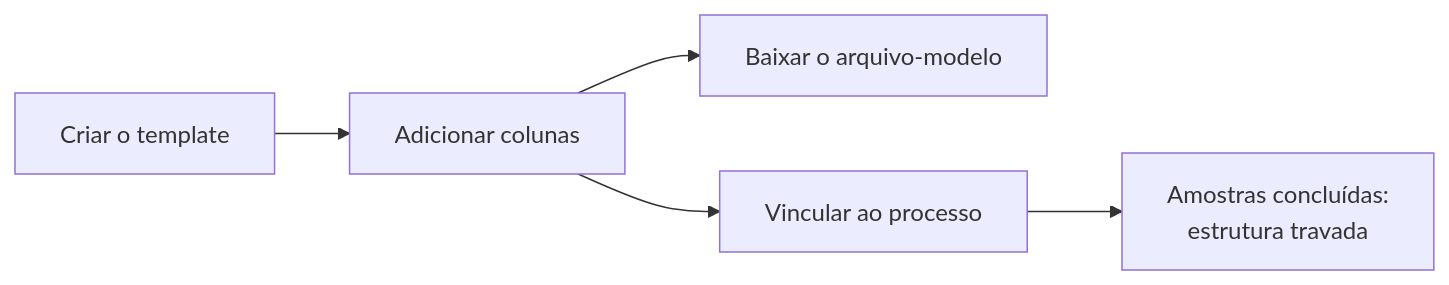
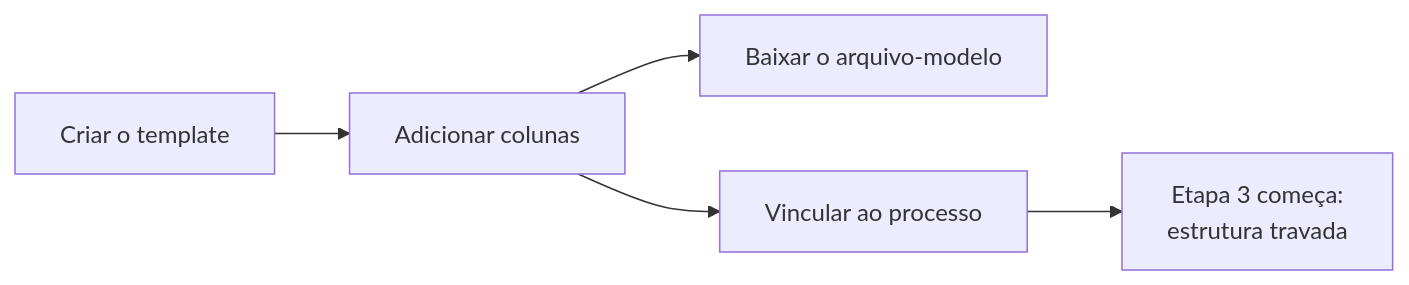
One commit to pivma-bracvam/pivma-back changed the diagram in manual/guias/montar-template-de-coleta.md. Above: the diagram before and after it, drawn with Mermaid. The commit also changed other lines of this file and 65 other files, not shown here.

````diff
--- a/manual/guias/montar-template-de-coleta.md
+++ b/manual/guias/montar-template-de-coleta.md
@@ -12,7 +12,7 @@
 ```mermaid
 flowchart LR
     A[Criar o template] --> B[Adicionar colunas]
     B --> C[Baixar o arquivo-modelo]
     B --> D[Vincular ao processo]
-    D --> E[Amostras concluídas:<br/>estrutura travada]
+    D --> E[Etapa 3 começa:<br/>estrutura travada]
 ```
````
